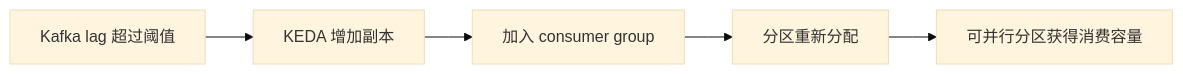
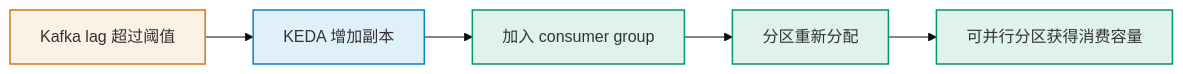
Before and after one commit to pinpols/file-batch-system: the second of 5 diagrams in docs/runbook/autoscaling-strategy.md, drawn with Mermaid (base theme). The commit also changed other lines of this file and 34 other files, not shown here.

First line of the commit message:
docs(diagram): 完成 P3 Mermaid 图样式收口并补充制图规范 (#1390)

````diff
--- a/docs/runbook/autoscaling-strategy.md
+++ b/docs/runbook/autoscaling-strategy.md
@@ -33,8 +36,12 @@
 ```mermaid
 %%{init: {"flowchart":{"curve":"linear","nodeSpacing":32,"rankSpacing":48},"sequence":{"mirrorActors":false}}}%%
 flowchart LR
-  LAG["Kafka lag 超过阈值"] --> KEDA["KEDA 增加副本"]
-  KEDA --> GROUP["加入 consumer group"]
-  GROUP --> PART["分区重新分配"]
-  PART --> CAP["可并行分区获得消费容量"]
+  LAG["Kafka lag 超过阈值"]:::wait --> KEDA["KEDA 增加副本"]:::control
+  KEDA --> GROUP["加入 consumer group"]:::worker
+  GROUP --> PART["分区重新分配"]:::worker
+  PART --> CAP["可并行分区获得消费容量"]:::worker
+
+  classDef control fill:#0284c71f,stroke:#0284c7,stroke-width:1.5px
+  classDef worker fill:#0596691f,stroke:#059669,stroke-width:1.5px
+  classDef wait fill:#d977061a,stroke:#d97706,stroke-width:1.5px
 ```
````
